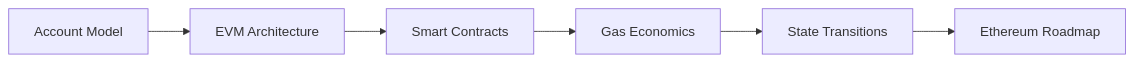
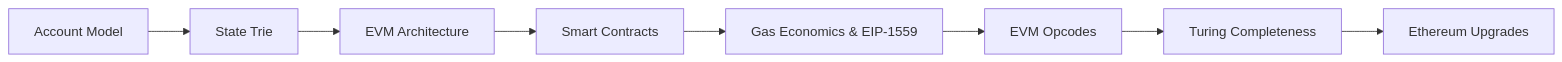
One commit to Raushan666java/ai-engineering-journey changed the first of 6 diagrams in docs/courses/blockchain/05-ethereum.md. Above: the diagram before and after it, drawn with Mermaid. The commit also changed other lines of this file and 62 other files, not shown here.

````diff
--- a/docs/courses/blockchain/05-ethereum.md
+++ b/docs/courses/blockchain/05-ethereum.md
@@ -27,8 +32,10 @@
 ```mermaid
 flowchart LR
-    A[Account Model] --> B[EVM Architecture]
-    B --> C[Smart Contracts]
-    C --> D[Gas Economics]
-    D --> E[State Transitions]
-    E --> F[Ethereum Roadmap]
+    A[Account Model] --> B[State Trie]
+    B --> C[EVM Architecture]
+    C --> D[Smart Contracts]
+    D --> E[Gas Economics & EIP-1559]
+    E --> F[EVM Opcodes]
+    F --> G[Turing Completeness]
+    G --> H[Ethereum Upgrades]
 ```
````
